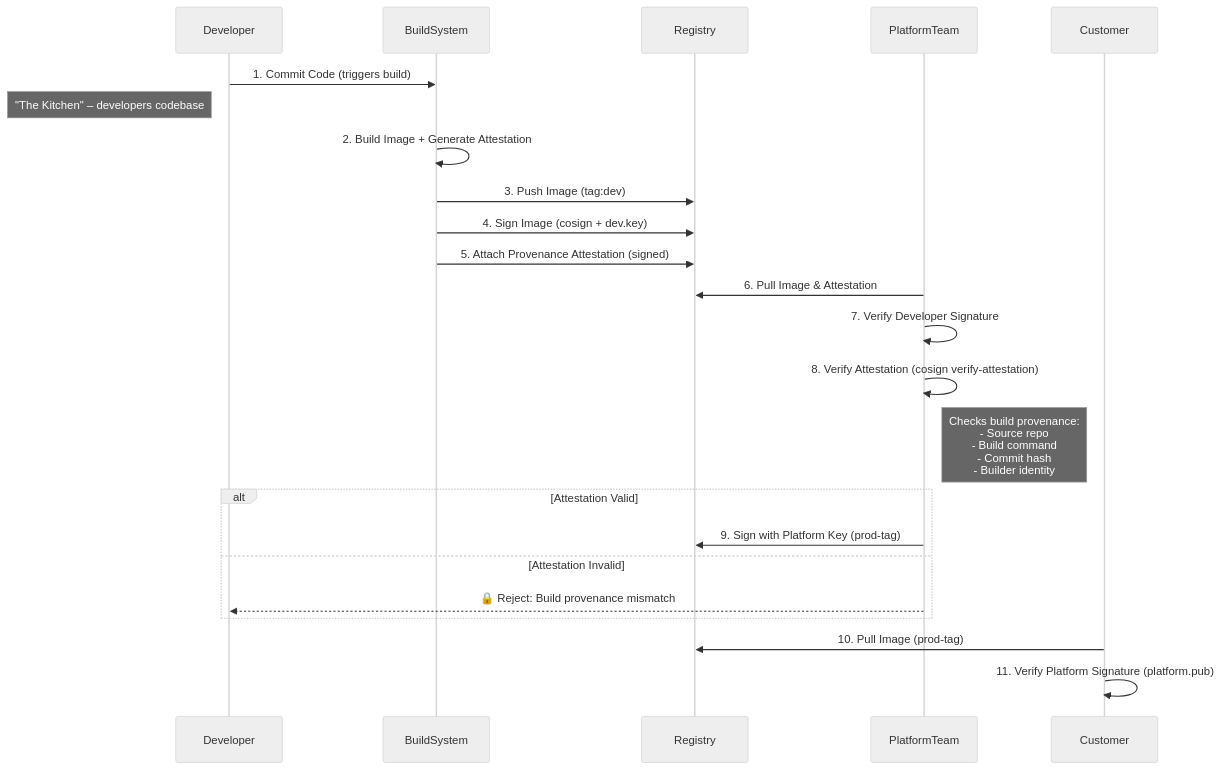
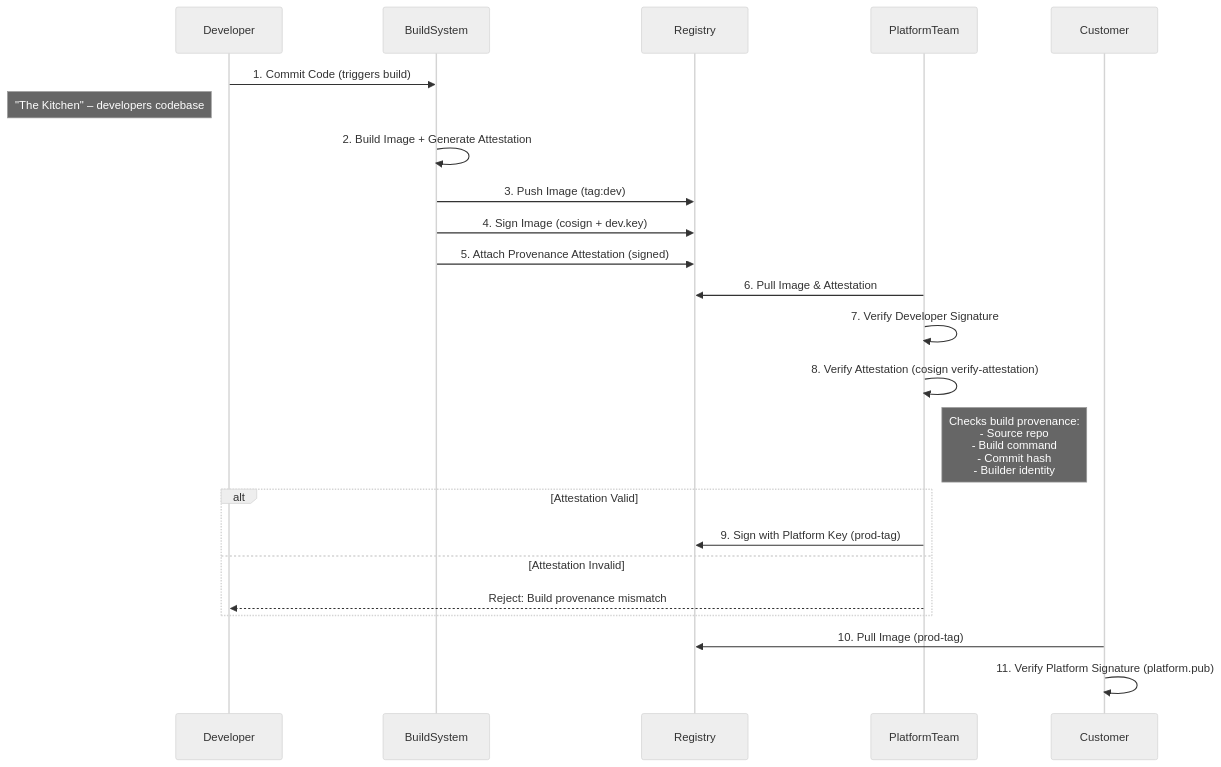
The first of 2 diagrams in content/posts/supply-chain-signing.md (caretak3r/caretak3r.github.io), drawn with Mermaid (neutral theme) before and after one commit. The commit also changed other lines of this file and 55 other files, not shown here.

````diff
--- a/content/posts/supply-chain-signing.md
+++ b/content/posts/supply-chain-signing.md
@@ -15,29 +15,29 @@
 ```mermaid
 sequenceDiagram
     participant Developer
     participant BuildSystem
     participant Registry
     participant PlatformTeam
     participant Customer
 
     Developer->>BuildSystem: 1. Commit Code (triggers build)
     Note left of Developer: "The Kitchen" – developers codebase
     BuildSystem->>BuildSystem: 2. Build Image + Generate Attestation
     BuildSystem->>Registry: 3. Push Image (tag:dev)
     BuildSystem->>Registry: 4. Sign Image (cosign + dev.key)
     BuildSystem->>Registry: 5. Attach Provenance Attestation (signed)
 
     PlatformTeam->>Registry: 6. Pull Image & Attestation
     PlatformTeam->>PlatformTeam: 7. Verify Developer Signature
     PlatformTeam->>PlatformTeam: 8. Verify Attestation (cosign verify-attestation)
     Note right of PlatformTeam: Checks build provenance:<br/>- Source repo<br/>- Build command<br/>- Commit hash<br/>- Builder identity
 
     alt Attestation Valid
         PlatformTeam->>Registry: 9. Sign with Platform Key (prod-tag)
     else Attestation Invalid
-        PlatformTeam-->>Developer: 🔒 Reject: Build provenance mismatch
+        PlatformTeam-->>Developer: Reject: Build provenance mismatch
     end
 
     Customer->>Registry: 10. Pull Image (prod-tag)
     Customer->>Customer: 11. Verify Platform Signature (platform.pub)
 ```
````
